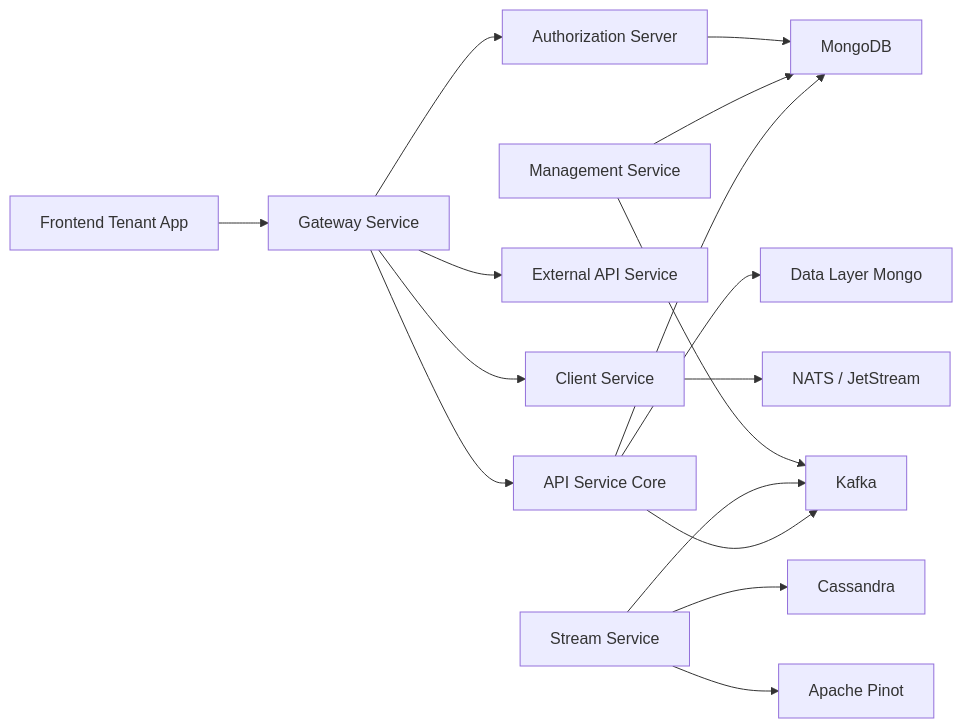
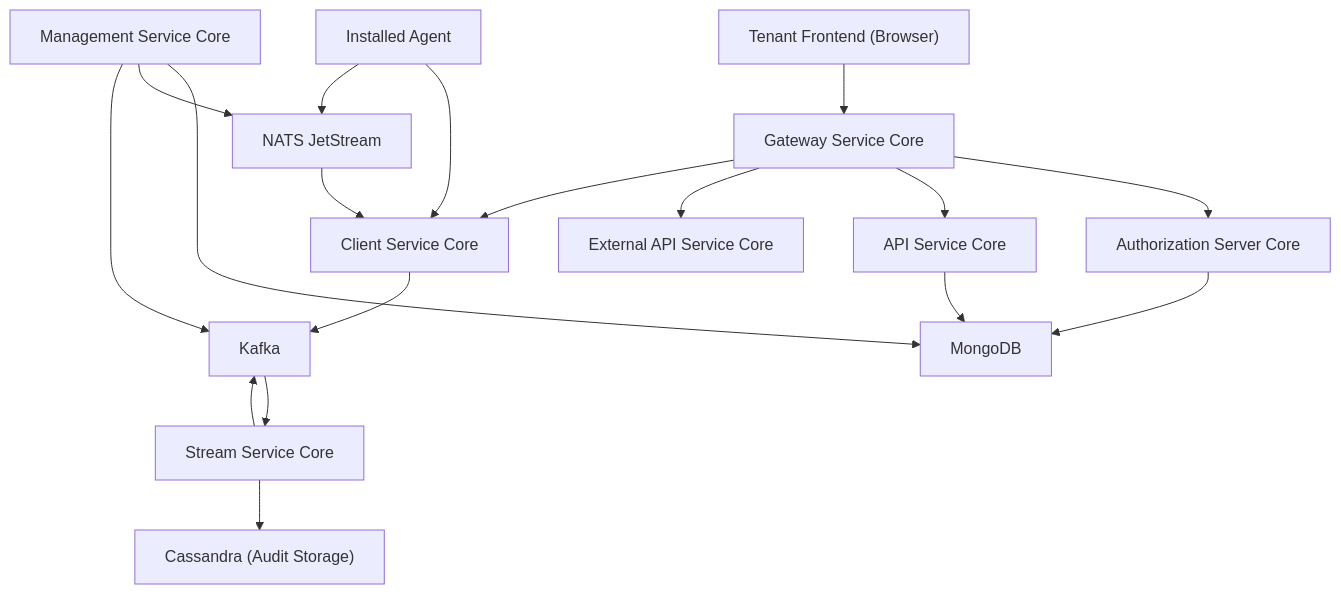
The first of 12 diagrams in docs/architecture/README.md (Praesto-Pro/openframe-oss-tenant), drawn with Mermaid before and after one commit. The commit also changed other lines of this file and 214 other files, not shown here.

````diff
--- a/docs/architecture/README.md
+++ b/docs/architecture/README.md
@@ -26,24 +24,26 @@
 ```mermaid
-flowchart LR
-    User["Frontend Tenant App"] --> Gateway["Gateway Service"]
+flowchart TD
+    Browser["Tenant Frontend (Browser)"] --> Gateway["Gateway Service Core"]
 
-    Gateway --> Auth["Authorization Server"]
-    Gateway --> Api["API Service Core"]
-    Gateway --> ExternalApi["External API Service"]
-    Gateway --> ClientSvc["Client Service"]
+    Gateway --> AuthZ["Authorization Server Core"]
+    Gateway --> ApiCore["API Service Core"]
+    Gateway --> ExternalApi["External API Service Core"]
+    Gateway --> ClientCore["Client Service Core"]
 
-    Api --> Mongo["MongoDB"]
-    Api --> Kafka["Kafka"]
+    ClientAgent["Installed Agent"] --> ClientCore
+    ClientAgent --> NATS["NATS JetStream"]
 
-    Stream["Stream Service"] --> Kafka
-    Stream --> Cassandra["Cassandra"]
-    Stream --> Pinot["Apache Pinot"]
+    NATS --> ClientCore
+    ClientCore --> Kafka["Kafka"]
 
-    Management["Management Service"] --> Mongo
+    Kafka --> StreamCore["Stream Service Core"]
+    StreamCore --> Cassandra["Cassandra (Audit Storage)"]
+    StreamCore --> Kafka
+
+    ApiCore --> Mongo["MongoDB"]
+    AuthZ --> Mongo
+    Management --> Mongo
+
+    Management["Management Service Core"] --> NATS
     Management --> Kafka
-
-    Auth --> Mongo
-    ClientSvc --> NATS["NATS / JetStream"]
-
-    Api --> DataLayer["Data Layer Mongo"]
 ```
````
